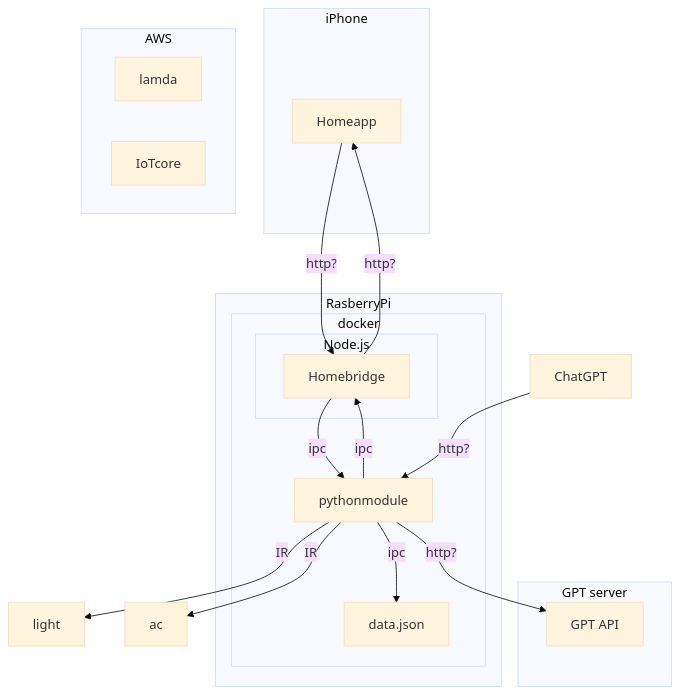
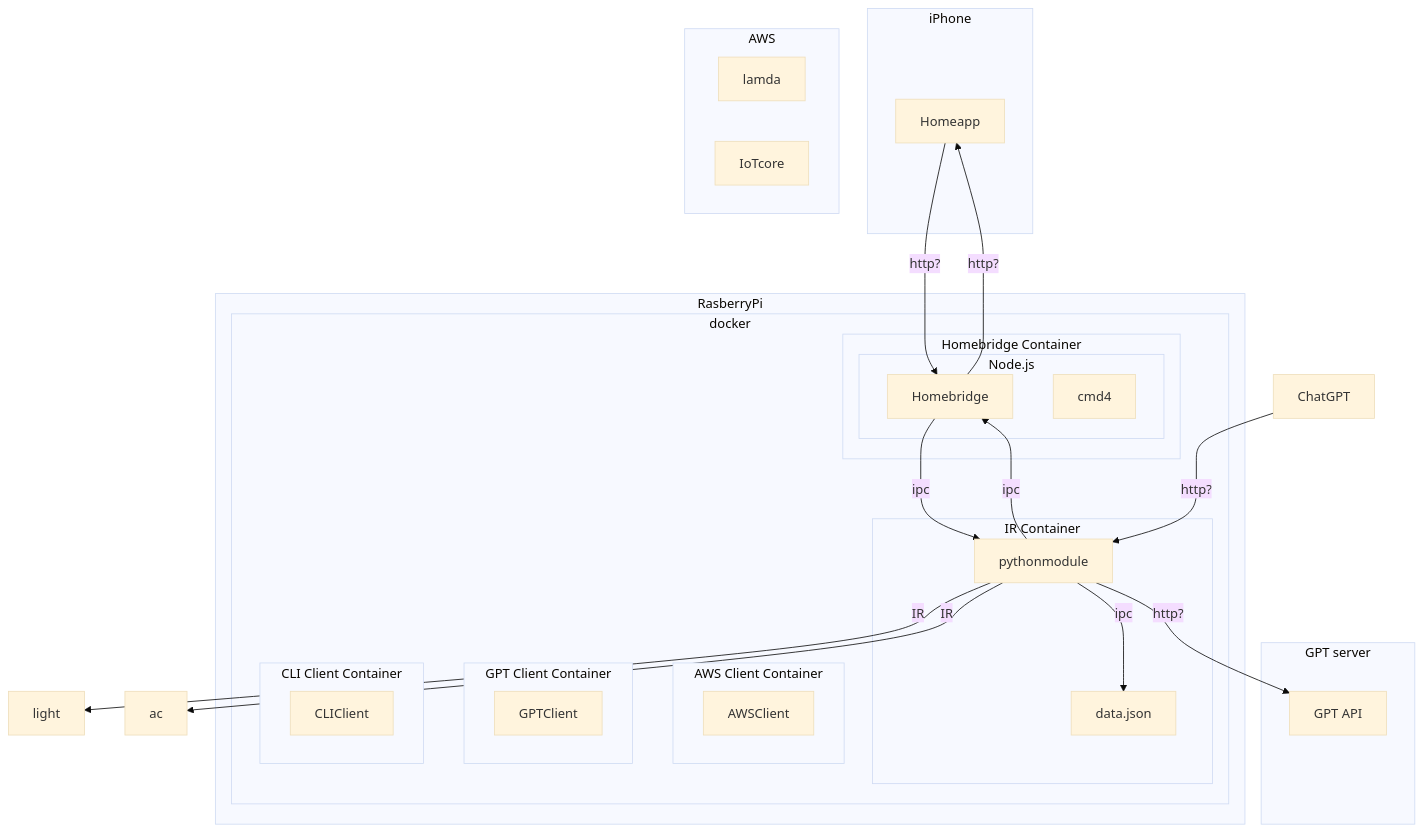
One commit to arumi123/HomeHub changed the first of 2 diagrams in docs/architecture.md. Above: the diagram before and after it, drawn with Mermaid (base theme). The commit also changed 31 other files, not shown here.

````diff
--- a/docs/architecture.md
+++ b/docs/architecture.md
@@ -4,39 +4,53 @@
 ```mermaid
 graph TD;
     subgraph iPhone [iPhone]
         Homeapp[Homeapp]
     end
 
     subgraph GPTserver [GPT server]
         GPTAPI[GPT API]
     end
 
     subgraph AWS [AWS]
         lamda[lamda]
         IoTcore[IoTcore]
     end
 
     subgraph RasPiSide [RasberryPi]
-        subgraph dockercontainer[docker]
-            subgraph Node.js[Node.js]
-                Homebridge[Homebridge]
+        subgraph docker[docker]
+            subgraph HomebridgeContainer[Homebridge Container]
+                subgraph Node.js[Node.js]
+                    Homebridge[Homebridge]
+                    cmd4[cmd4]
+                end
             end
-            pythonmodule[pythonmodule]
-            data.json[data.json]
+            subgraph IRContainer[IR Container]
+                pythonmodule[pythonmodule]
+                data.json[data.json]
+            end
+            subgraph AWSClientContainer[AWS Client Container]
+                AWSClient[AWSClient]
+            end
+            subgraph GPTContainer[GPT Client Container]
+                GPTClient[GPTClient]
+            end
+            subgraph CLIClientContainer[CLI Client Container]
+                CLIClient[CLIClient]
+            end
         end
     end
 
     light
 
     ac
 
     Homeapp -->|http?| Homebridge
     Homebridge -->|ipc| pythonmodule
     Homebridge -->|http?| Homeapp
     pythonmodule -->|IR| light
     pythonmodule -->|IR| ac
     pythonmodule -->|ipc| Homebridge
     pythonmodule -->|ipc| data.json
     pythonmodule -->|http?| GPTAPI
     ChatGPT -->|http?| pythonmodule
 ```
````
